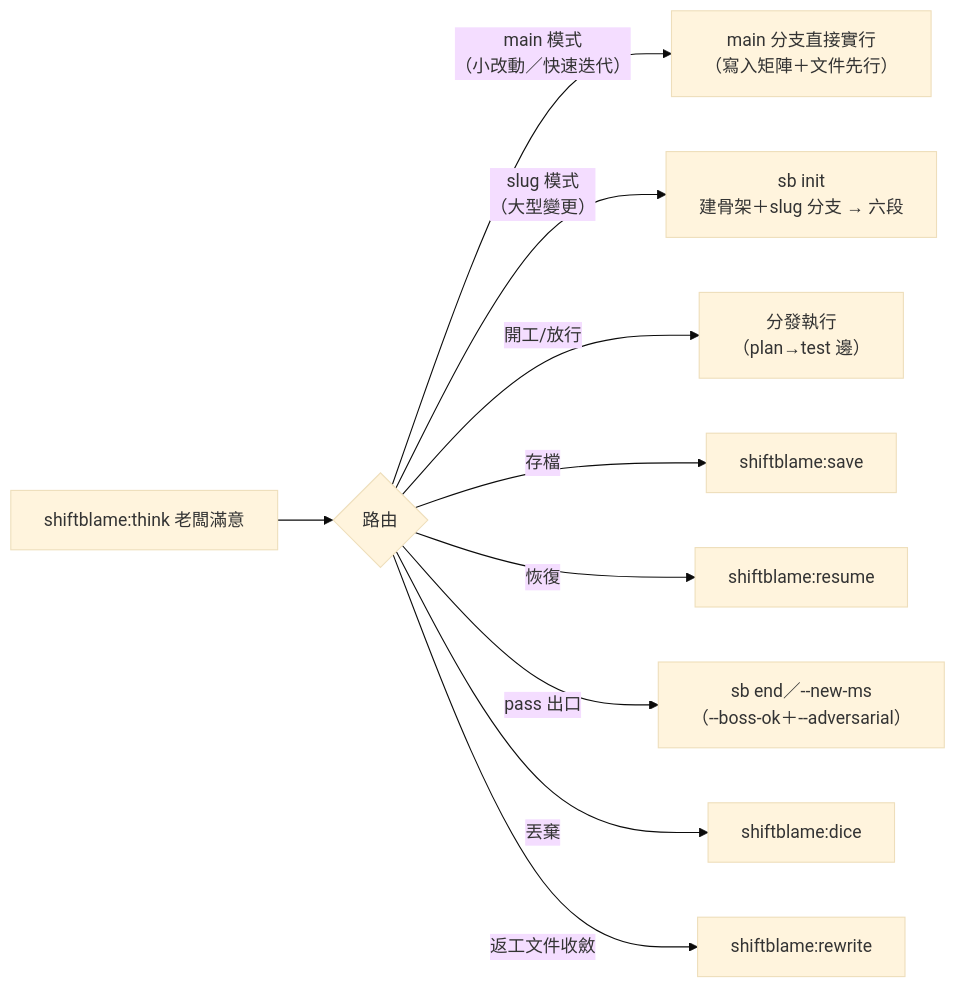
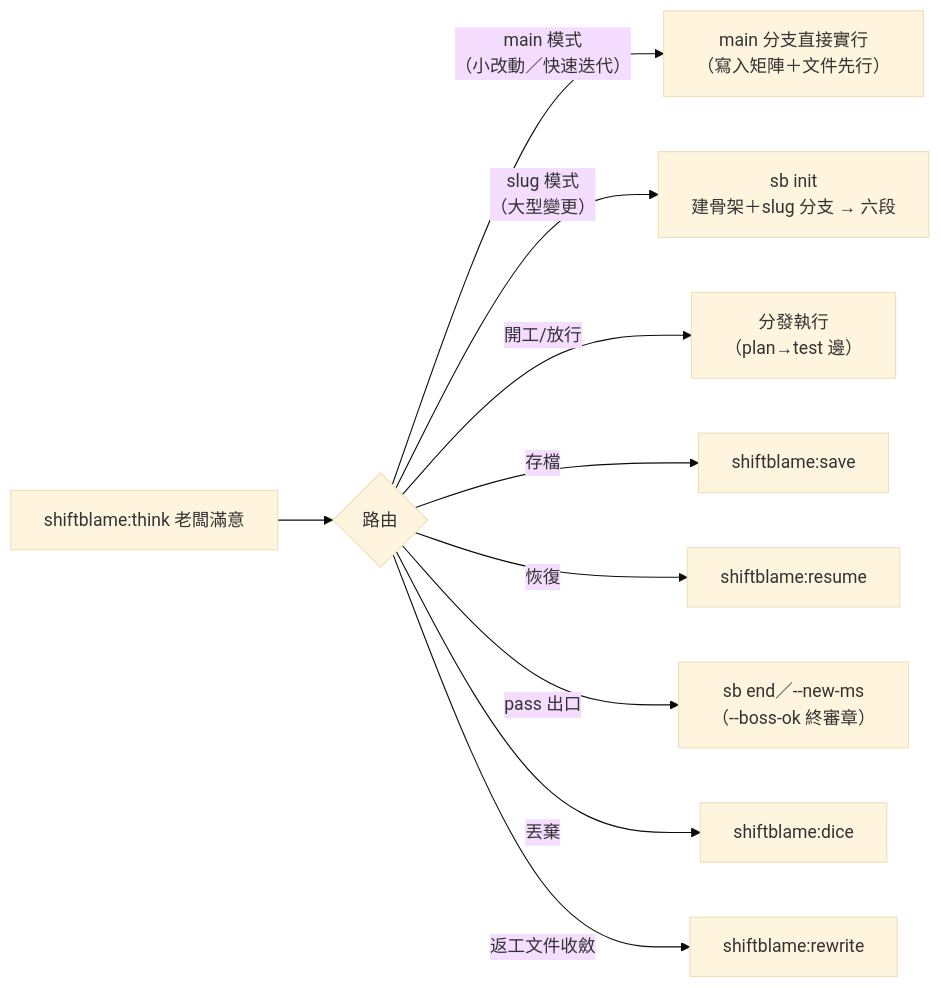
One commit to teps3105/shiftblame changed the fourth of 4 diagrams in skills/think/SKILL.md. Above: the diagram before and after it, drawn with Mermaid (base theme). The commit also changed other lines of this file and 24 other files, not shown here.

````diff
--- a/skills/think/SKILL.md
+++ b/skills/think/SKILL.md
@@ -104,12 +120,12 @@
 ```mermaid
 flowchart LR
     T["shiftblame:think 老闆滿意"] --> R{"路由"}
     R -- "main 模式<br/>（小改動／快速迭代）" --> D7["main 分支直接實行<br/>（寫入矩陣＋文件先行）"]
     R -- "slug 模式<br/>（大型變更）" --> S["sb init <slug><br/>建骨架＋slug 分支 → 六段"]
     R -- 開工/放行 --> D1["分發執行<br/>（plan→test 邊）"]
     R -- 存檔 --> D2["shiftblame:save"]
     R -- 恢復 --> D3["shiftblame:resume"]
-    R -- "pass 出口" --> D4["sb end／--new-ms<br/>（--boss-ok＋--adversarial）"]
+    R -- "pass 出口" --> D4["sb end／--new-ms<br/>（--boss-ok 終審章）"]
     R -- 丟棄 --> D5["shiftblame:dice"]
     R -- 返工文件收斂 --> D6["shiftblame:rewrite"]
 ```
````
